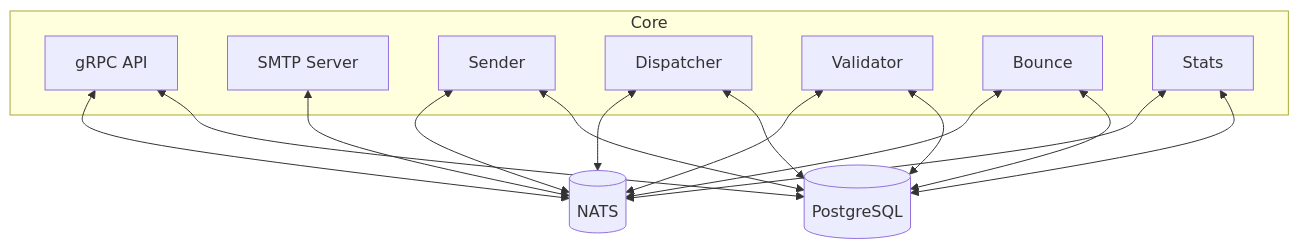
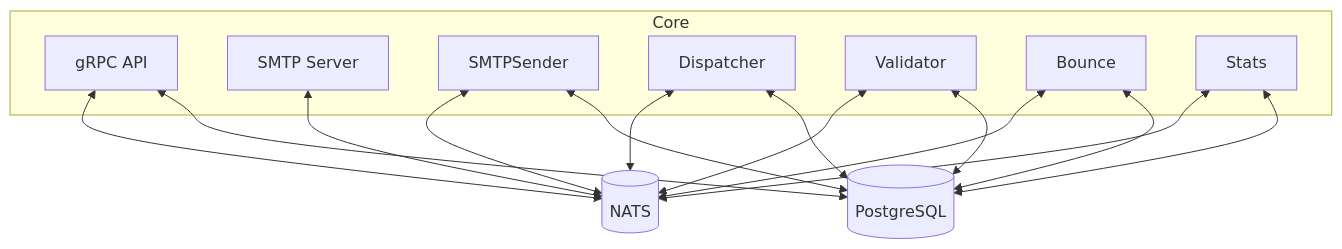
One commit to kannon-email/kannon changed the diagram in README.md. Above: the diagram before and after it, drawn with Mermaid. The commit also changed other lines of this file and 7 other files, not shown here.

First line of the commit message:
refactor: rename pkg/sender to pkg/smtpsender (#326)

````diff
--- a/README.md
+++ b/README.md
@@ -64,27 +64,27 @@
 ```mermaid
 flowchart TD
     subgraph Core
         API["gRPC API"]
         SMTP["SMTP Server"]
-        Sender["Sender"]
+        SMTPSender["SMTPSender"]
         Dispatcher["Dispatcher"]
         Validator["Validator"]
         Bounce["Bounce"]
         Stats["Stats"]
     end
     DB[(PostgreSQL)]
     NATS[(NATS)]
     API <--> DB
     Dispatcher <--> DB
-    Sender <--> DB
+    SMTPSender <--> DB
     Validator <--> DB
     Stats <--> DB
     Bounce <--> DB
     API <--> NATS
-    Sender <--> NATS
+    SMTPSender <--> NATS
     Dispatcher <--> NATS
     SMTP <--> NATS
     Stats <--> NATS
     Validator <--> NATS
     Bounce <--> NATS
 ```
````
